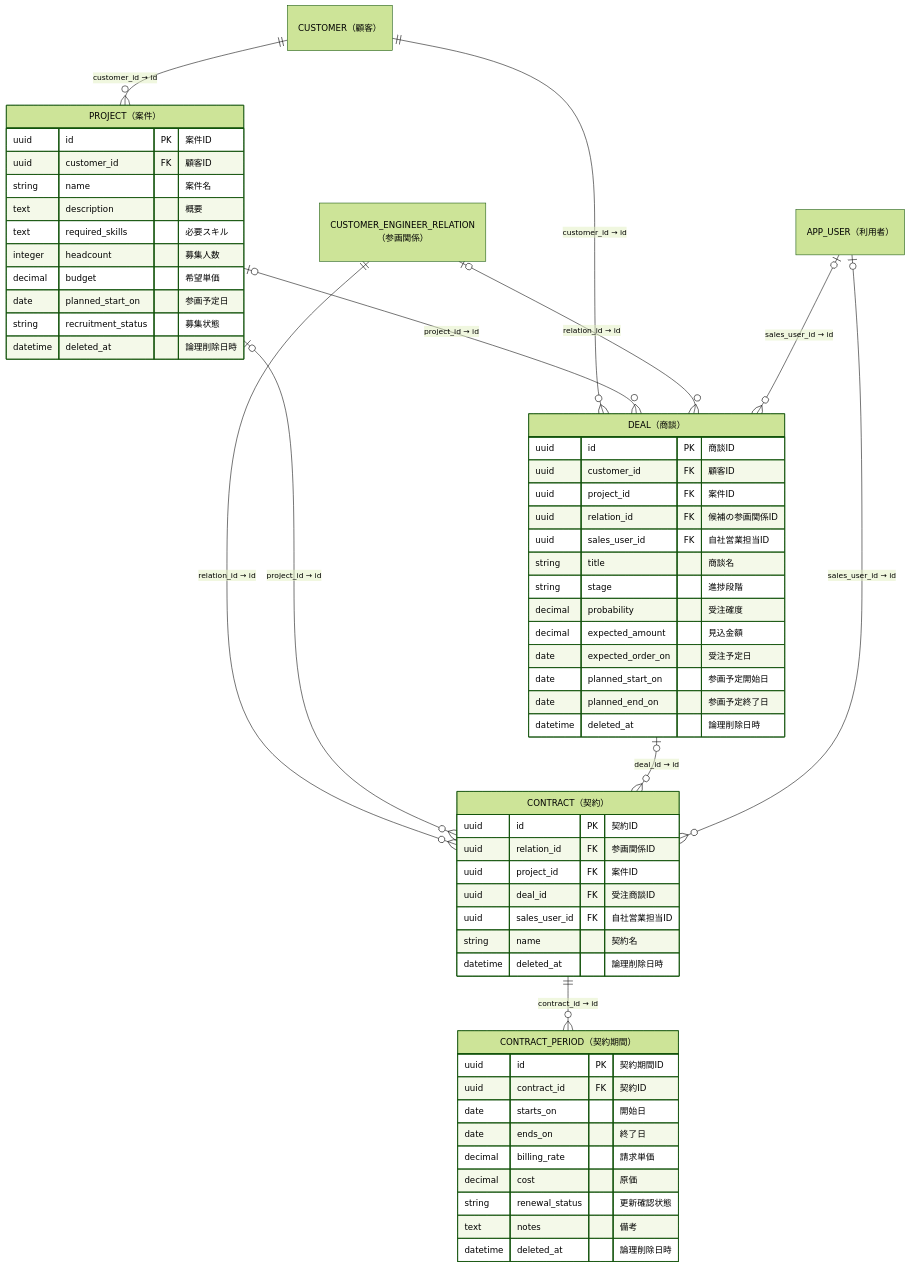
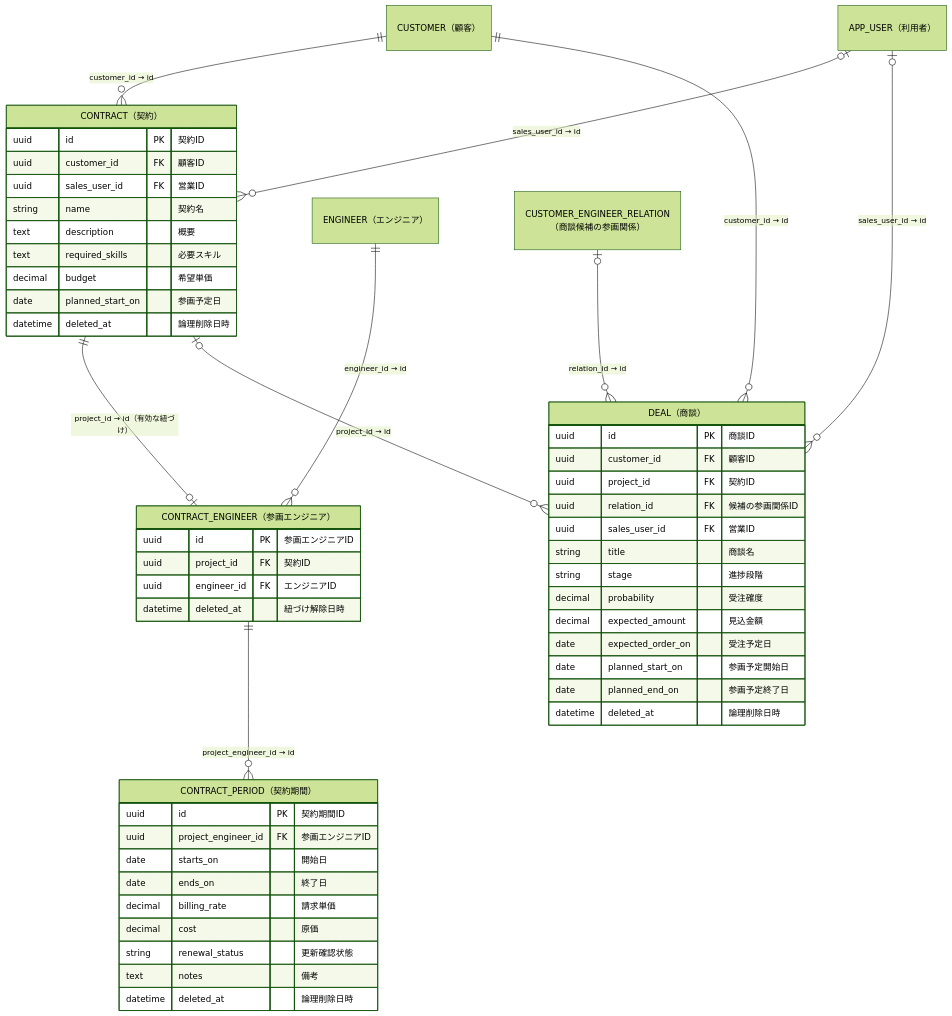
Before and after one commit to tatsu-mi/ss-crm: the second of 3 diagrams in docs/er-diagram.md, drawn with Mermaid (forest theme). The commit also changed other lines of this file and 34 other files, not shown here.

````diff
--- a/docs/er-diagram.md
+++ b/docs/er-diagram.md
@@ -81,69 +81,65 @@
 ```mermaid
 erDiagram
     CUSTOMER["CUSTOMER（顧客）"]
-    PROJECT["PROJECT（案件）"]
+    CONTRACT["CONTRACT（契約）"]
+    ENGINEER["ENGINEER（エンジニア）"]
+    CONTRACT_ENGINEER["CONTRACT_ENGINEER（参画エンジニア）"]
+    CONTRACT_PERIOD["CONTRACT_PERIOD（契約期間）"]
+    APP_USER["APP_USER（利用者）"]
     DEAL["DEAL（商談）"]
-    CUSTOMER_ENGINEER_RELATION["CUSTOMER_ENGINEER_RELATION（参画関係）"]
-    APP_USER["APP_USER（利用者）"]
-    CONTRACT["CONTRACT（契約）"]
-    CONTRACT_PERIOD["CONTRACT_PERIOD（契約期間）"]
+    CUSTOMER_ENGINEER_RELATION["CUSTOMER_ENGINEER_RELATION（商談候補の参画関係）"]
 
-    CUSTOMER ||--o{ PROJECT : "customer_id → id"
+    CUSTOMER ||--o{ CONTRACT : "customer_id → id"
+    APP_USER o|--o{ CONTRACT : "sales_user_id → id"
+    CONTRACT ||--o| CONTRACT_ENGINEER : "project_id → id（有効な紐づけ）"
+    ENGINEER ||--o{ CONTRACT_ENGINEER : "engineer_id → id"
+    CONTRACT_ENGINEER ||--o{ CONTRACT_PERIOD : "project_engineer_id → id"
     CUSTOMER ||--o{ DEAL : "customer_id → id"
-    PROJECT o|--o{ DEAL : "project_id → id"
+    CONTRACT o|--o{ DEAL : "project_id → id"
     CUSTOMER_ENGINEER_RELATION o|--o{ DEAL : "relation_id → id"
     APP_USER o|--o{ DEAL : "sales_user_id → id"
-    CUSTOMER_ENGINEER_RELATION ||--o{ CONTRACT : "relation_id → id"
-    PROJECT o|--o{ CONTRACT : "project_id → id"
-    DEAL o|--o{ CONTRACT : "deal_id → id"
-    APP_USER o|--o{ CONTRACT : "sales_user_id → id"
-    CONTRACT ||--o{ CONTRACT_PERIOD : "contract_id → id"
 
-    PROJECT {
-        uuid id PK "案件ID"
+    CONTRACT {
+        uuid id PK "契約ID"
         uuid customer_id FK "顧客ID"
-        string name "案件名"
+        uuid sales_user_id FK "営業ID"
+        string name "契約名"
         text description "概要"
         text required_skills "必要スキル"
-        integer headcount "募集人数"
         decimal budget "希望単価"
         date planned_start_on "参画予定日"
-        string recruitment_status "募集状態"
+        datetime deleted_at "論理削除日時"
+    }
+    CONTRACT_ENGINEER {
+        uuid id PK "参画エンジニアID"
+        uuid project_id FK "契約ID"
+        uuid engineer_id FK "エンジニアID"
+        datetime deleted_at "紐づけ解除日時"
+    }
+    CONTRACT_PERIOD {
+        uuid id PK "契約期間ID"
+        uuid project_engineer_id FK "参画エンジニアID"
+        date starts_on "開始日"
+        date ends_on "終了日"
+        decimal billing_rate "請求単価"
+        decimal cost "原価"
+        string renewal_status "更新確認状態"
+        text notes "備考"
         datetime deleted_at "論理削除日時"
     }
     DEAL {
         uuid id PK "商談ID"
         uuid customer_id FK "顧客ID"
-        uuid project_id FK "案件ID"
+        uuid project_id FK "契約ID"
         uuid relation_id FK "候補の参画関係ID"
-        uuid sales_user_id FK "自社営業担当ID"
+        uuid sales_user_id FK "営業ID"
         string title "商談名"
         string stage "進捗段階"
         decimal probability "受注確度"
         decimal expected_amount "見込金額"
         date expected_order_on "受注予定日"
         date planned_start_on "参画予定開始日"
         date planned_end_on "参画予定終了日"
         datetime deleted_at "論理削除日時"
     }
-    CONTRACT {
-        uuid id PK "契約ID"
-        uuid relation_id FK "参画関係ID"
-        uuid project_id FK "案件ID"
-        uuid deal_id FK "受注商談ID"
-        uuid sales_user_id FK "自社営業担当ID"
-        string name "契約名"
-        datetime deleted_at "論理削除日時"
-    }
-    CONTRACT_PERIOD {
-        uuid id PK "契約期間ID"
-        uuid contract_id FK "契約ID"
-        date starts_on "開始日"
-        date ends_on "終了日"
-        decimal billing_rate "請求単価"
-        decimal cost "原価"
-        string renewal_status "更新確認状態"
-        text notes "備考"
-        datetime deleted_at "論理削除日時"
-    }
 ```
````
